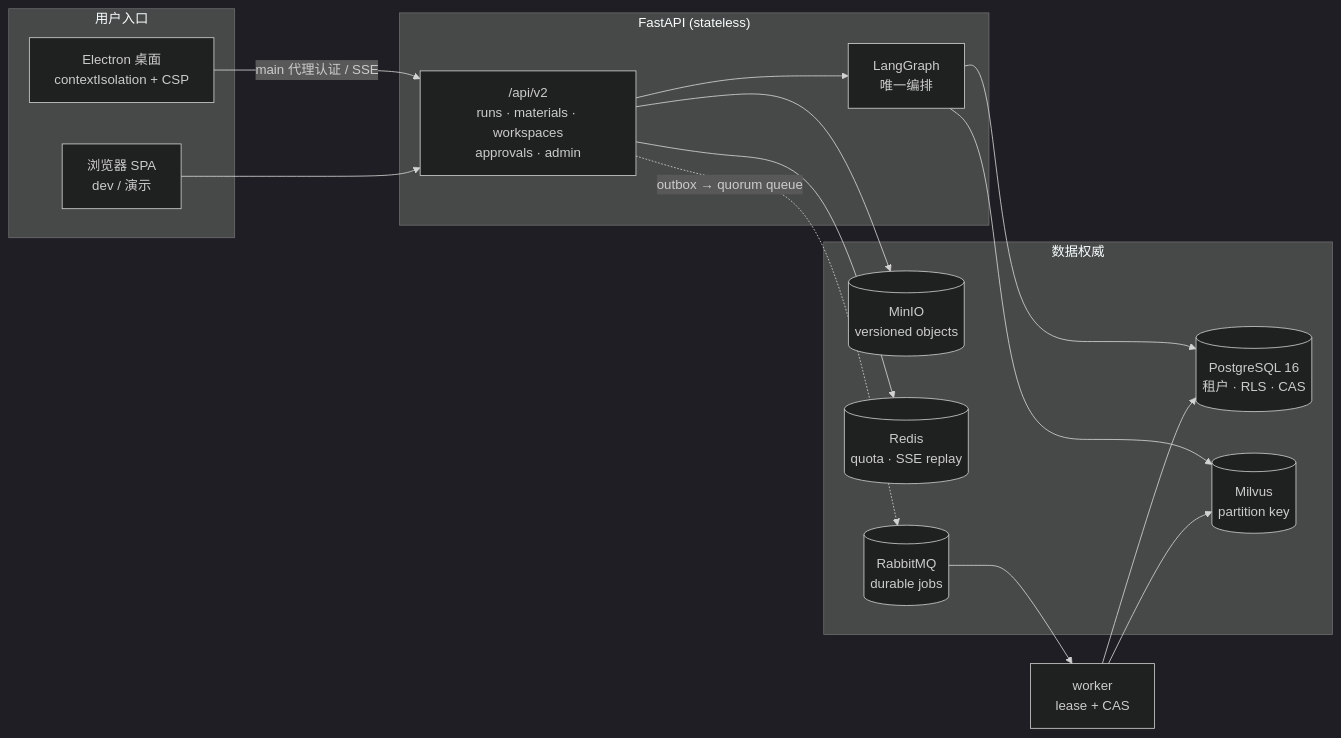
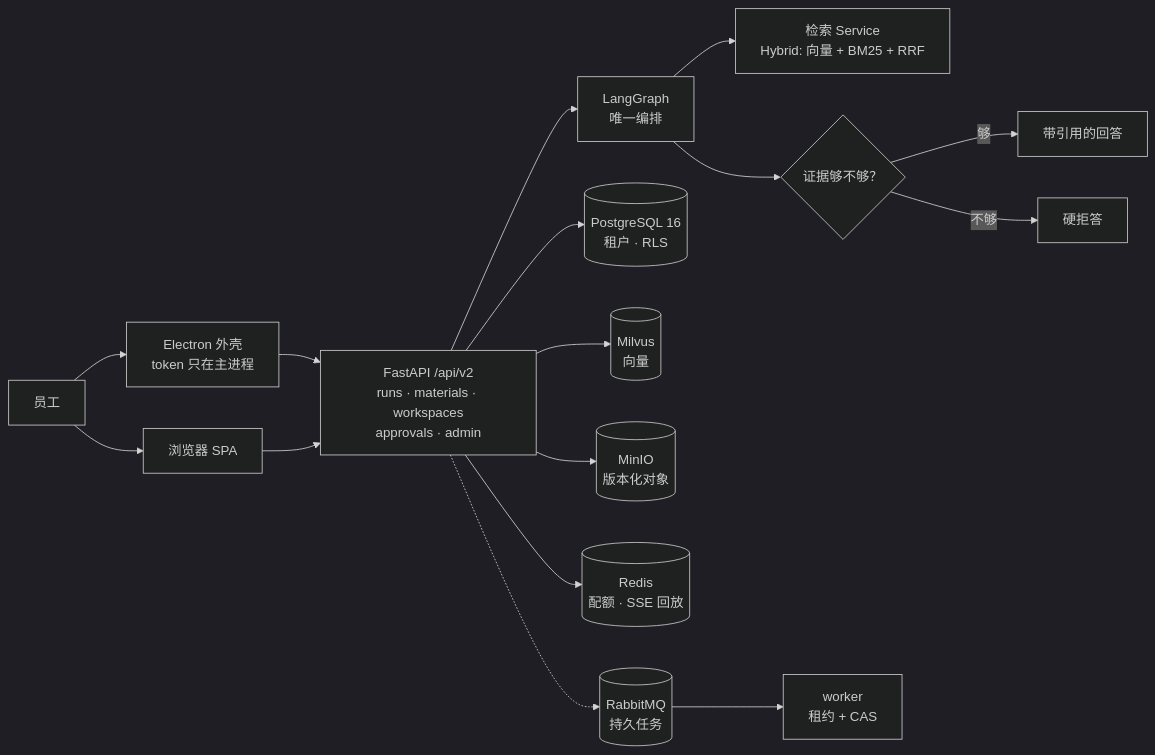
The diagram in README.md (Shen-An/policyflow-ai), drawn with Mermaid (dark theme) before and after one commit. The commit also changed other lines of this file, not shown here.

````diff
--- a/README.md
+++ b/README.md
@@ -39,32 +134,18 @@
 ```mermaid
 flowchart LR
-  subgraph Surfaces["用户入口"]
-    E["Electron 桌面<br/>contextIsolation + CSP"]
-    B["浏览器 SPA<br/>dev / 演示"]
-  end
-
-  subgraph API["FastAPI (stateless)"]
-    A["/api/v2<br/>runs · materials · workspaces<br/>approvals · admin"]
-    G["LangGraph<br/>唯一编排"]
-  end
-
-  subgraph Data["数据权威"]
-    PG[("PostgreSQL 16<br/>租户 · RLS · CAS")]
-    MV[("Milvus<br/>partition key")]
-    S3[("MinIO<br/>versioned objects")]
-    R[("Redis<br/>quota · SSE replay")]
-    MQ[("RabbitMQ<br/>durable jobs")]
-  end
-
-  E -->|"main 代理认证 / SSE"| A
+  U["员工"] --> E["Electron 外壳<br/>token 只在主进程"]
+  U --> B["浏览器 SPA"]
+  E --> A["FastAPI /api/v2<br/>runs · materials · workspaces<br/>approvals · admin"]
   B --> A
-  A --> G
-  G --> PG
-  G --> MV
-  A --> S3
-  A --> R
-  A -.->|"outbox → quorum queue"| MQ
-  MQ --> W["worker<br/>lease + CAS"]
-  W --> PG
-  W --> MV
+  A --> G["LangGraph<br/>唯一编排"]
+  G --> R["检索 Service<br/>Hybrid: 向量 + BM25 + RRF"]
+  G --> Q{"证据够不够？"}
+  Q -->|够| ANS["带引用的回答"]
+  Q -->|不够| REF["硬拒答"]
+  A --> PG[("PostgreSQL 16<br/>租户 · RLS")]
+  A --> MV[("Milvus<br/>向量")]
+  A --> S3[("MinIO<br/>版本化对象")]
+  A --> RD[("Redis<br/>配额 · SSE 回放")]
+  A -.-> MQ[("RabbitMQ<br/>持久任务")]
+  MQ --> W["worker<br/>租约 + CAS"]
 ```
````
